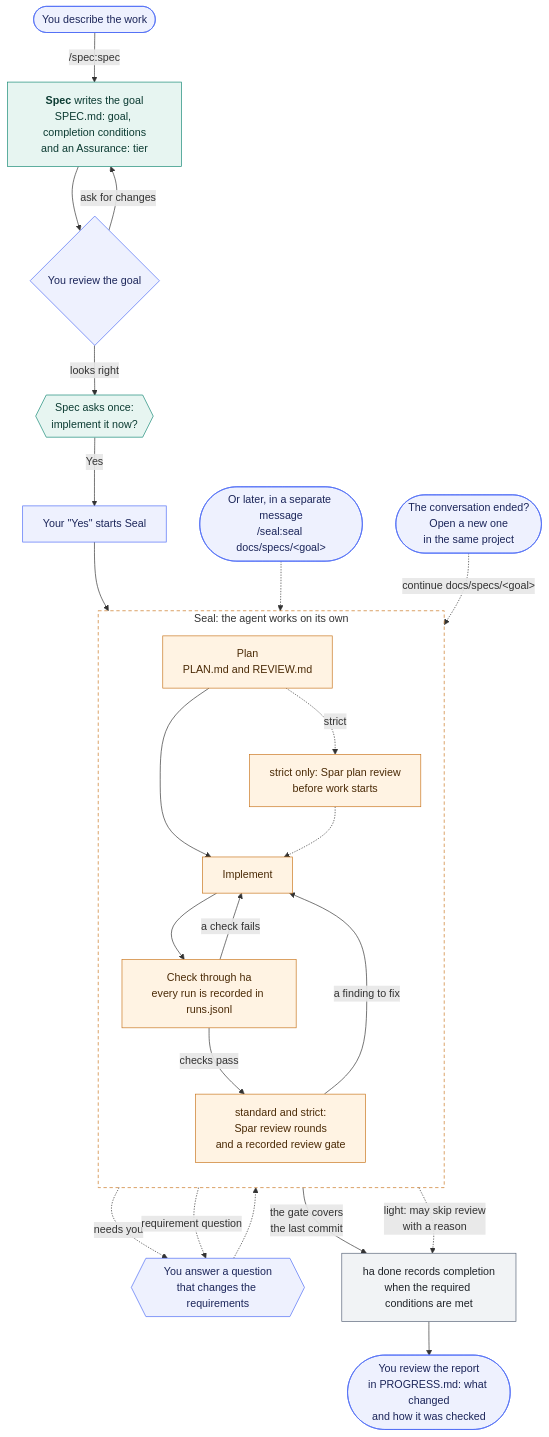
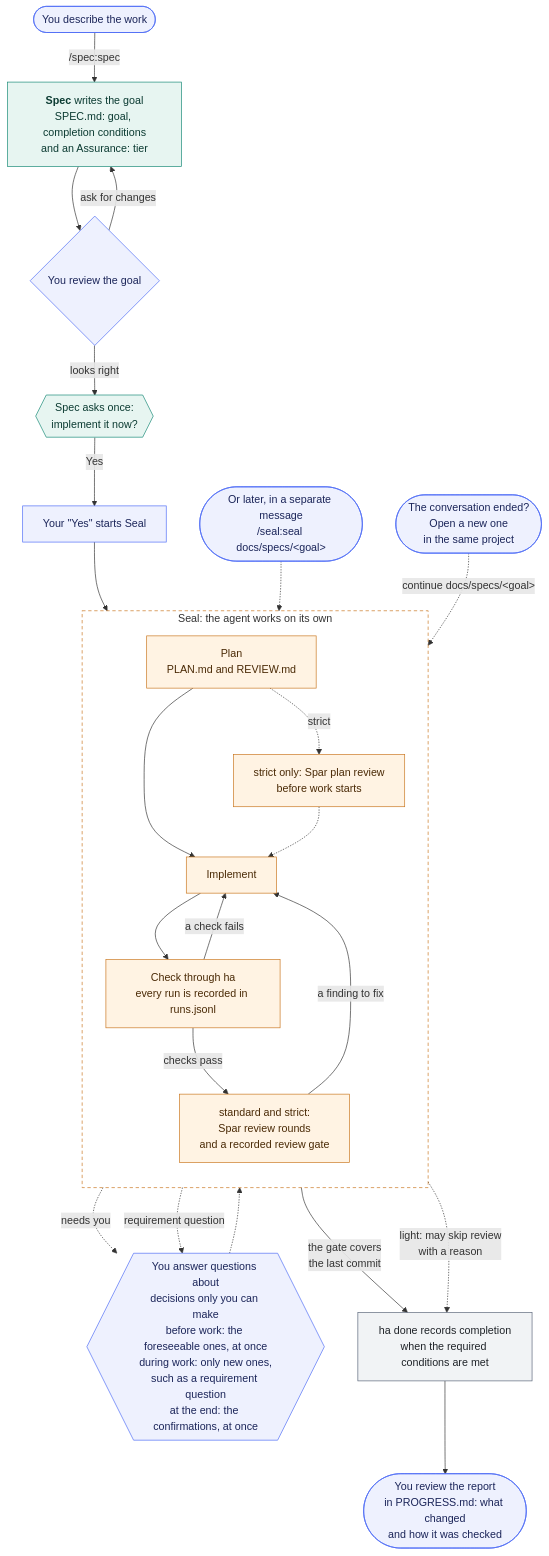
Before and after one commit to jgoneit/jaekit: the diagram in README.md, drawn with Mermaid. The commit also changed other lines of this file and 24 other files, not shown here.

````diff
--- a/README.md
+++ b/README.md
@@ -38,49 +38,49 @@
 ```mermaid
 flowchart TD
     ask(["You describe the work"])
     spec["<b>Spec</b> writes the goal<br/>SPEC.md: goal, completion conditions<br/>and an Assurance: tier"]
     review{"You review the goal"}
     asknow{{"Spec asks once:<br/>implement it now?"}}
     start["Your #quot;Yes#quot; starts Seal"]
     separate(["Or later, in a separate message<br/>/seal:seal docs/specs/#lt;goal#gt;"])
     subgraph seal ["Seal: the agent works on its own"]
         direction TB
         plan["Plan<br/>PLAN.md and REVIEW.md"]
         planreview["strict only: Spar plan review<br/>before work starts"]
         build["Implement"]
         check["Check through ha<br/>every run is recorded in runs.jsonl"]
         spar["standard and strict:<br/>Spar review rounds<br/>and a recorded review gate"]
         plan --> build --> check
         plan -.->|"strict"| planreview -.-> build
         check -->|"a check fails"| build
         check -->|"checks pass"| spar
         spar -->|"a finding to fix"| build
     end
-    decide{{"You answer a question<br/>that changes the requirements"}}
+    decide{{"You answer questions about<br/>decisions only you can make<br/>before work: the foreseeable ones, at once<br/>during work: only new ones,<br/>such as a requirement question<br/>at the end: the confirmations, at once"}}
     done["ha done records completion<br/>when the required conditions are met"]
     report(["You review the report<br/>in PROGRESS.md: what changed<br/>and how it was checked"])
     resume(["The conversation ended?<br/>Open a new one<br/>in the same project"])
 
     ask -->|"/spec:spec"| spec --> review
     review -->|"ask for changes"| spec
     review -->|"looks right"| asknow
     asknow -->|"Yes"| start --> plan
     separate -.-> plan
     check -.->|"needs you"| decide
     spar -.->|"requirement question"| decide
     decide -.-> build
     spar -->|"the gate covers<br/>the last commit"| done
     check -.->|"light: may skip review<br/>with a reason"| done
     done --> report
     resume -.->|"continue docs/specs/#lt;goal#gt;"| plan
 
     classDef you fill:#EEF1FE,stroke:#4F6CF7,color:#1B2559
     classDef specStep fill:#E7F5F1,stroke:#168975,color:#0B3B32
     classDef sealStep fill:#FFF3E3,stroke:#C9761F,color:#4A2A06
     classDef record fill:#F1F3F5,stroke:#596579,color:#1F2328
     class ask,review,start,separate,decide,report,resume you
     class spec,asknow specStep
     class plan,planreview,build,check,spar sealStep
     class done record
     style seal fill:none,stroke:#C9761F,stroke-dasharray:5 4
 ```
````
